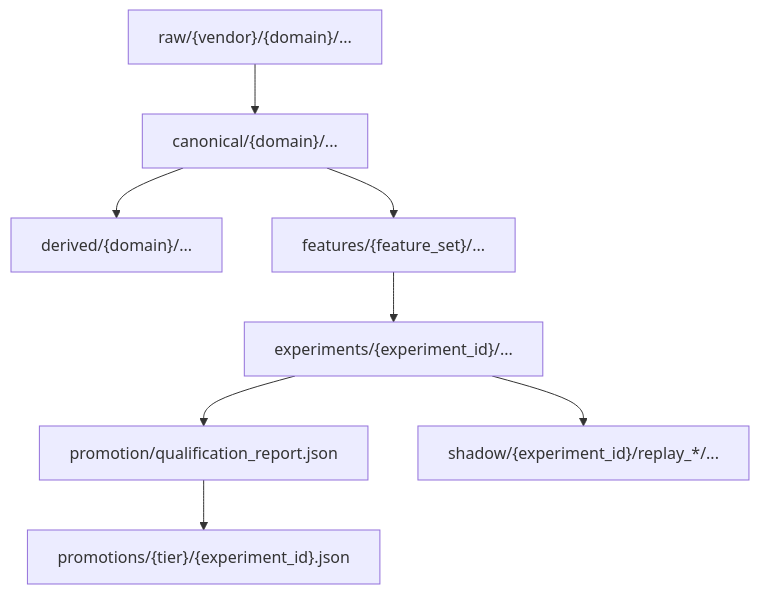
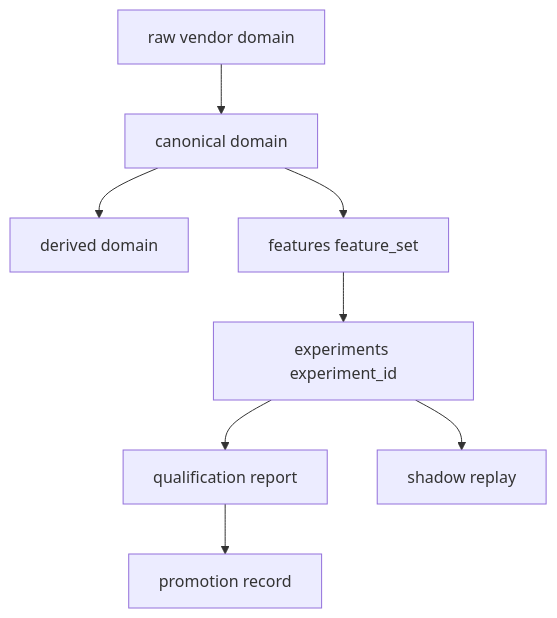
One commit to skyliquid22/Quanto changed the second of 3 diagrams in README.md. Above: the diagram before and after it, drawn with Mermaid. The commit also changed other lines of this file, not shown here.

Commit message:
fix: simplify mermaid diagrams for GitHub

````diff
--- a/README.md
+++ b/README.md
@@ -53,10 +53,10 @@
 ```mermaid
-flowchart TB
-    RAW["raw/{vendor}/{domain}/..."] --> CAN["canonical/{domain}/..."]
-    CAN --> DER["derived/{domain}/..."]
-    CAN --> FEAT["features/{feature_set}/..."]
-    FEAT --> EXP["experiments/{experiment_id}/..."]
-    EXP --> QUAL["promotion/qualification_report.json"]
-    QUAL --> PROMO["promotions/{tier}/{experiment_id}.json"]
-    EXP --> SHADOW["shadow/{experiment_id}/replay_*/..."]
+graph TB
+    RAW[raw vendor domain] --> CAN[canonical domain]
+    CAN --> DER[derived domain]
+    CAN --> FEAT[features feature_set]
+    FEAT --> EXP[experiments experiment_id]
+    EXP --> QUAL[qualification report]
+    QUAL --> PROMO[promotion record]
+    EXP --> SHADOW[shadow replay]
 ```
````
